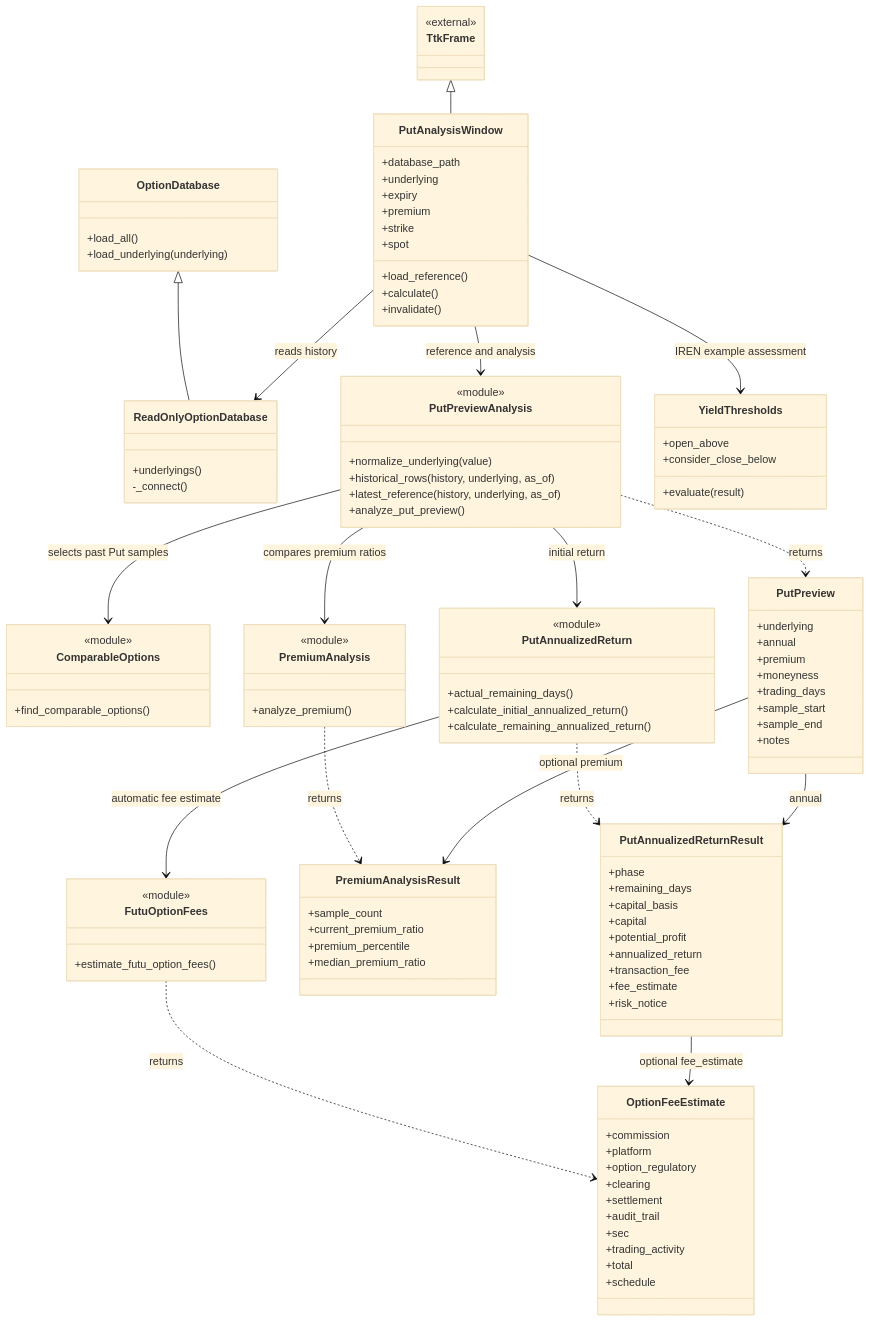
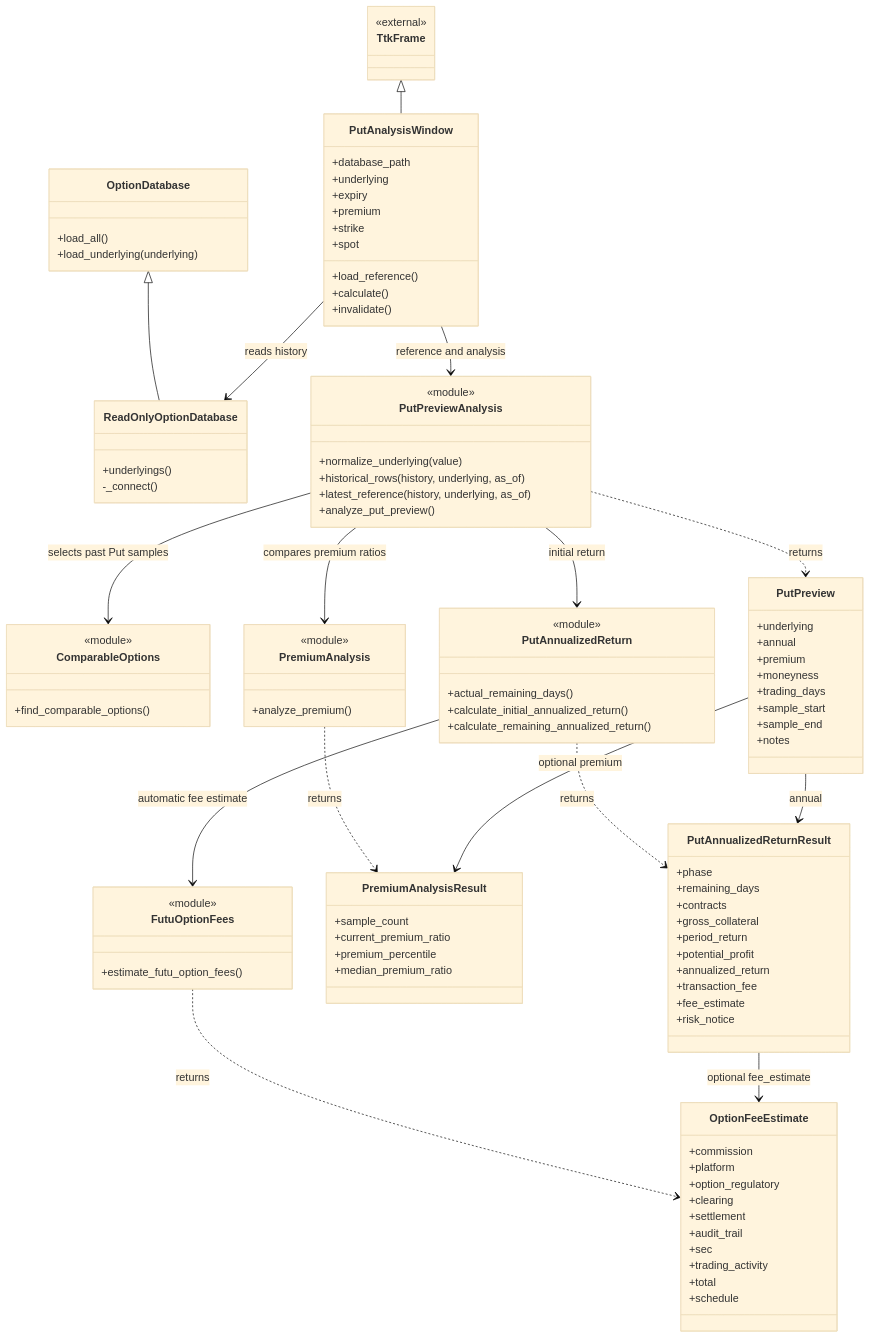
Before and after one commit to theoder01/Lemon-option-quant: the third of 4 diagrams in docs/architecture.md, drawn with Mermaid (base theme). The commit also changed other lines of this file and 8 other files, not shown here.

````diff
--- a/docs/architecture.md
+++ b/docs/architecture.md
@@ -203,8 +203,9 @@
     class PutAnnualizedReturnResult {
         +phase
         +remaining_days
-        +capital_basis
-        +capital
+        +contracts
+        +gross_collateral
+        +period_return
         +potential_profit
         +annualized_return
         +transaction_fee
@@ -223,11 +224,6 @@
         +total
         +schedule
     }
-    class YieldThresholds {
-        +open_above
-        +consider_close_below
-        +evaluate(result)
-    }
 
     TtkFrame <|-- PutAnalysisWindow
     OptionDatabase <|-- ReadOnlyOptionDatabase
@@ -244,5 +240,4 @@
     PutPreview --> PutAnnualizedReturnResult : annual
     PutPreview --> PremiumAnalysisResult : optional premium
     PutAnnualizedReturnResult --> OptionFeeEstimate : optional fee_estimate
-    PutAnalysisWindow --> YieldThresholds : IREN example assessment
 ```
````
